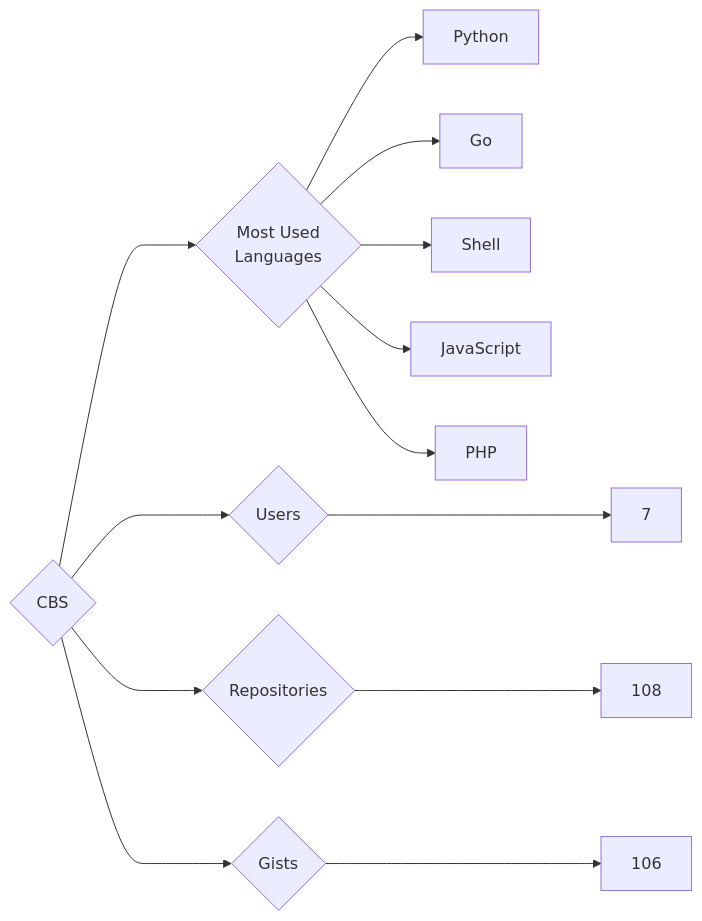
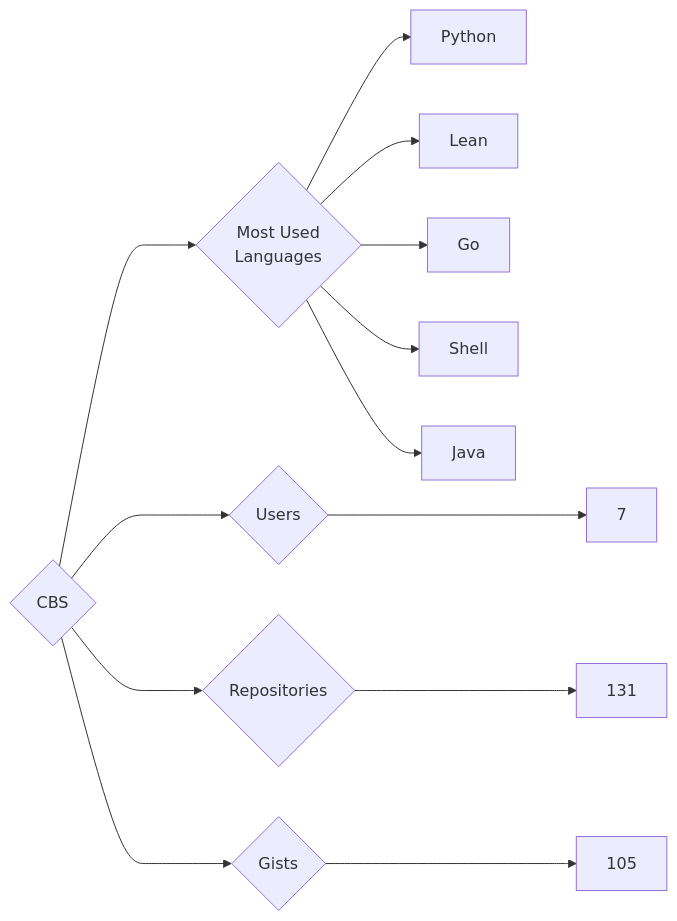
One commit to trickest/insiders changed the diagram in targets/CBS/README.md. Above: the diagram before and after it, drawn with Mermaid. The commit also changed 1084 other files, not shown here.

````diff
--- a/targets/CBS/README.md
+++ b/targets/CBS/README.md
@@ -3,13 +3,13 @@
 ```mermaid
 graph LR
 COMPANY_NAME{CBS}
 COMPANY_NAME ---> U{Users} ---> UN[7]
-COMPANY_NAME ---> R{Repositories} ---> RN[108]
-COMPANY_NAME ---> G{Gists} ---> GN[106]
+COMPANY_NAME ---> R{Repositories} ---> RN[131]
+COMPANY_NAME ---> G{Gists} ---> GN[105]
 COMPANY_NAME ---> ML{Most Used<br>Languages}
 ML --> Python[Python]
+ML --> Lean[Lean]
 ML --> Go[Go]
 ML --> Shell[Shell]
-ML --> JavaScript[JavaScript]
-ML --> PHP[PHP]
+ML --> Java[Java]
 ```
````
